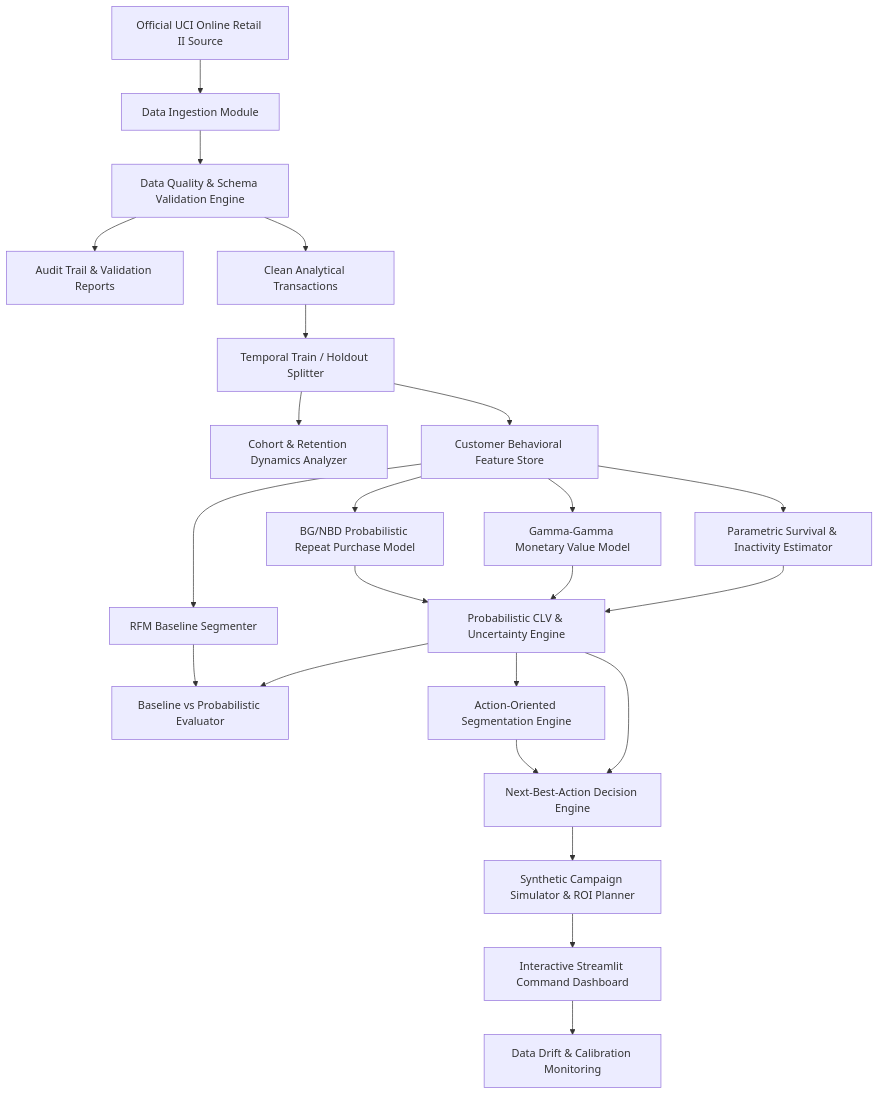
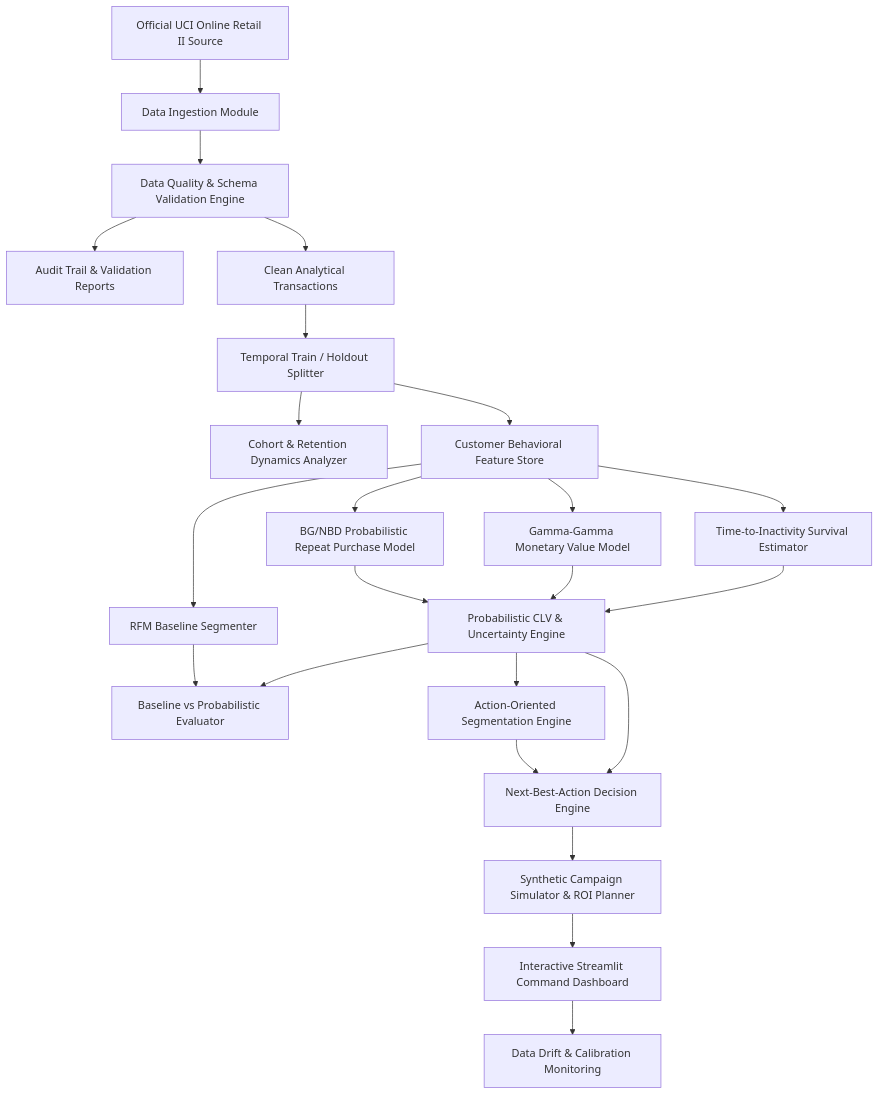
Before and after one commit to sachinswarnkar1803-commits/customer-clv-capstone: the diagram in docs/architecture/architecture_design.md, drawn with Mermaid. The commit also changed other lines of this file and 46 other files, not shown here.

````diff
--- a/docs/architecture/architecture_design.md
+++ b/docs/architecture/architecture_design.md
@@ -13,21 +13,21 @@
 ```mermaid
 flowchart TD
     A[Official UCI Online Retail II Source] --> B[Data Ingestion Module]
     B --> C[Data Quality & Schema Validation Engine]
     C --> D[Audit Trail & Validation Reports]
     C --> E[Clean Analytical Transactions]
     E --> F[Temporal Train / Holdout Splitter]
     F --> G[Cohort & Retention Dynamics Analyzer]
     F --> H[Customer Behavioral Feature Store]
     H --> I[RFM Baseline Segmenter]
     H --> J[BG/NBD Probabilistic Repeat Purchase Model]
     H --> K[Gamma-Gamma Monetary Value Model]
-    H --> L[Parametric Survival & Inactivity Estimator]
+    H --> L[Time-to-Inactivity Survival Estimator]
     J & K & L --> M[Probabilistic CLV & Uncertainty Engine]
     M & I --> N[Baseline vs Probabilistic Evaluator]
     M --> O[Action-Oriented Segmentation Engine]
     O & M --> P[Next-Best-Action Decision Engine]
     P --> Q[Synthetic Campaign Simulator & ROI Planner]
     Q --> R[Interactive Streamlit Command Dashboard]
     R --> S[Data Drift & Calibration Monitoring]
 ```
````
